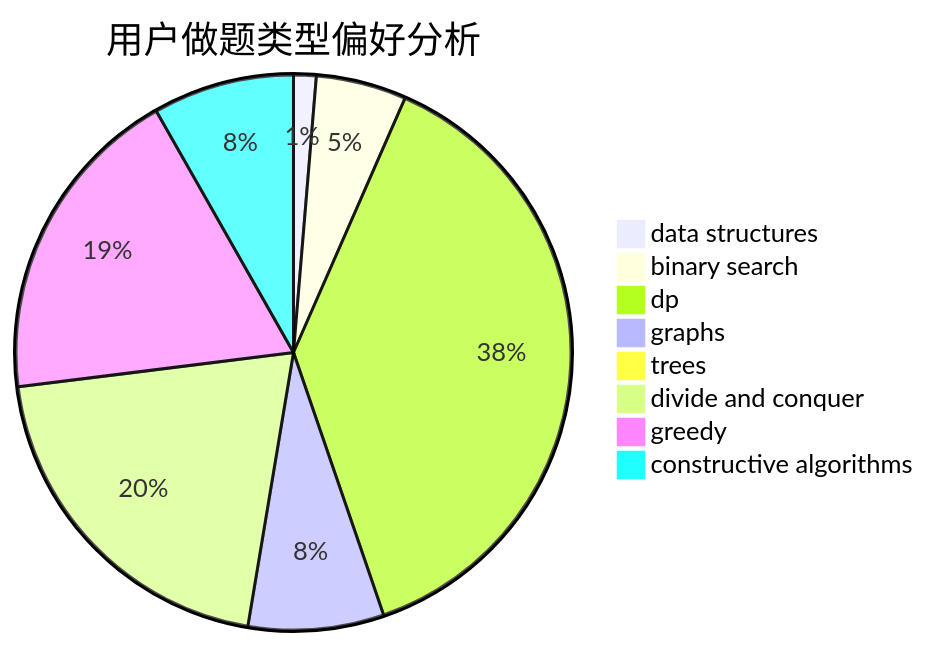
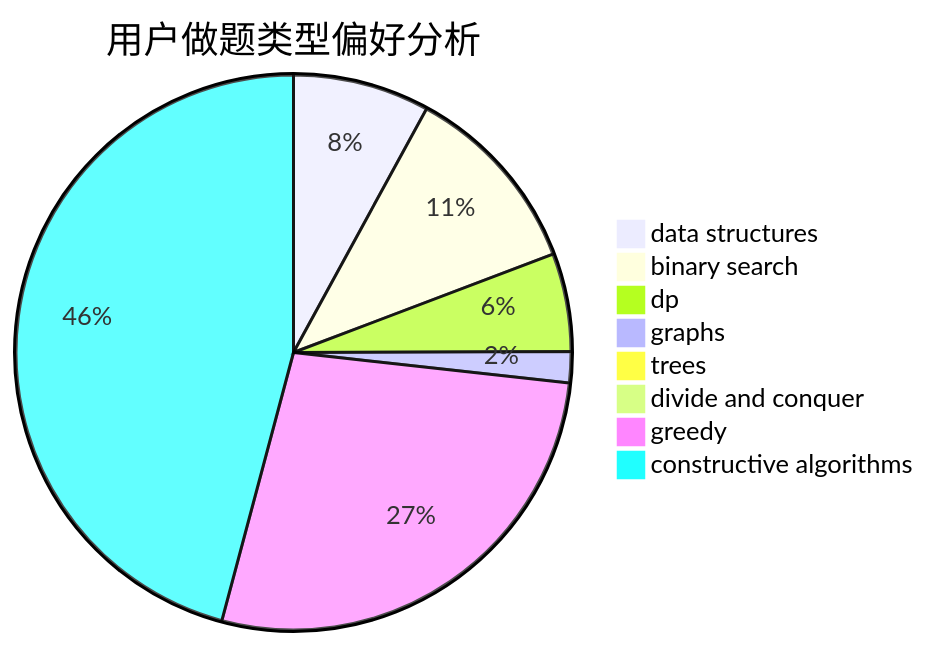
The second of 3 diagrams in docs/user/u799.md (sherpahu/cfrs.github.io), drawn with Mermaid before and after one commit. The commit also changed other lines of this file and 2770 other files, not shown here.

````diff
--- a/docs/user/u799.md
+++ b/docs/user/u799.md
@@ -23,11 +23,11 @@
 ```mermaid
 pie title 用户做题类型偏好分析
-    "data structures" :  4
-    "binary search" :  16
-    "dp" :  116
-    "graphs" :  24
-    "trees" :  3
-    "divide and conquer" :  62
-    "greedy" :  57
-    "constructive algorithms" :  25
+    "data structures" :  110
+    "binary search" :  156
+    "dp" :  79
+    "graphs" :  25
+    "trees" :  7
+    "divide and conquer" :  0
+    "greedy" :  379
+    "constructive algorithms" :  634
 ```
````
